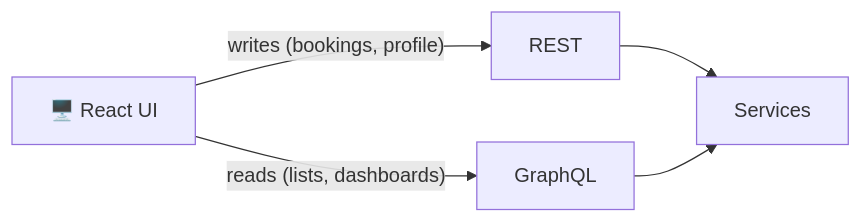
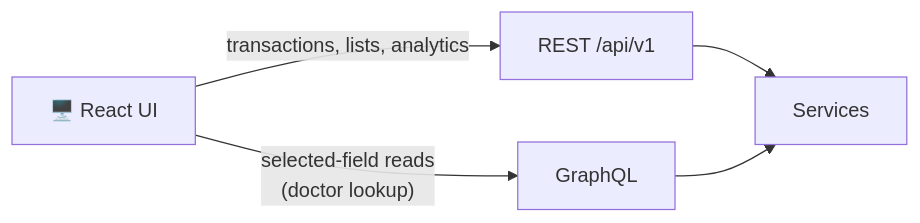
Before and after one commit to karanjha000/amrutam-telemedicine-backend: the third of 3 diagrams in docs/api-endpoints.md, drawn with Mermaid. The commit also changed other lines of this file and 21 other files, not shown here.

````diff
--- a/docs/api-endpoints.md
+++ b/docs/api-endpoints.md
@@ -92,7 +158,7 @@
 ```mermaid
 flowchart LR
-    UI["🖥️ React UI"] -- "writes (bookings, profile)" --> REST["REST"]
-    UI -- "reads (lists, dashboards)" --> GQL["GraphQL"]
+    UI["🖥️ React UI"] -- "transactions, lists, analytics" --> REST["REST /api/v1"]
+    UI -- "selected-field reads<br/>(doctor lookup)" --> GQL["GraphQL"]
     REST --> SVC["Services"]
     GQL --> SVC
 ```
````
